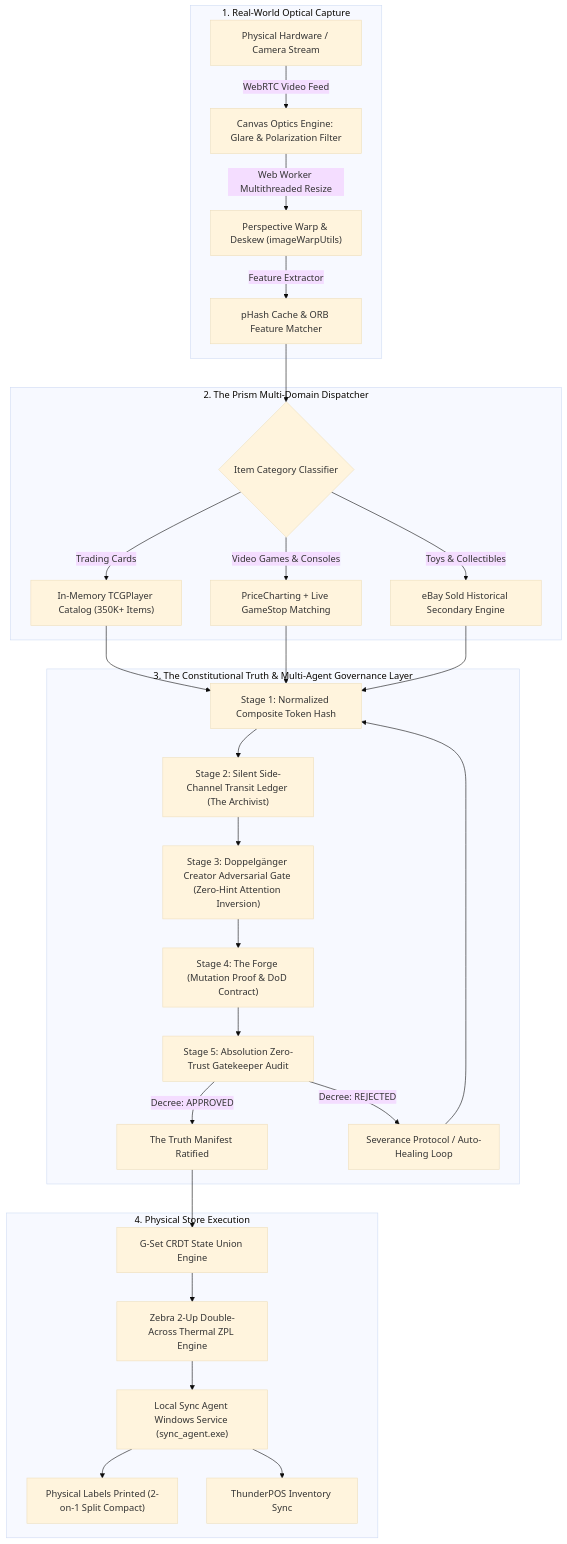
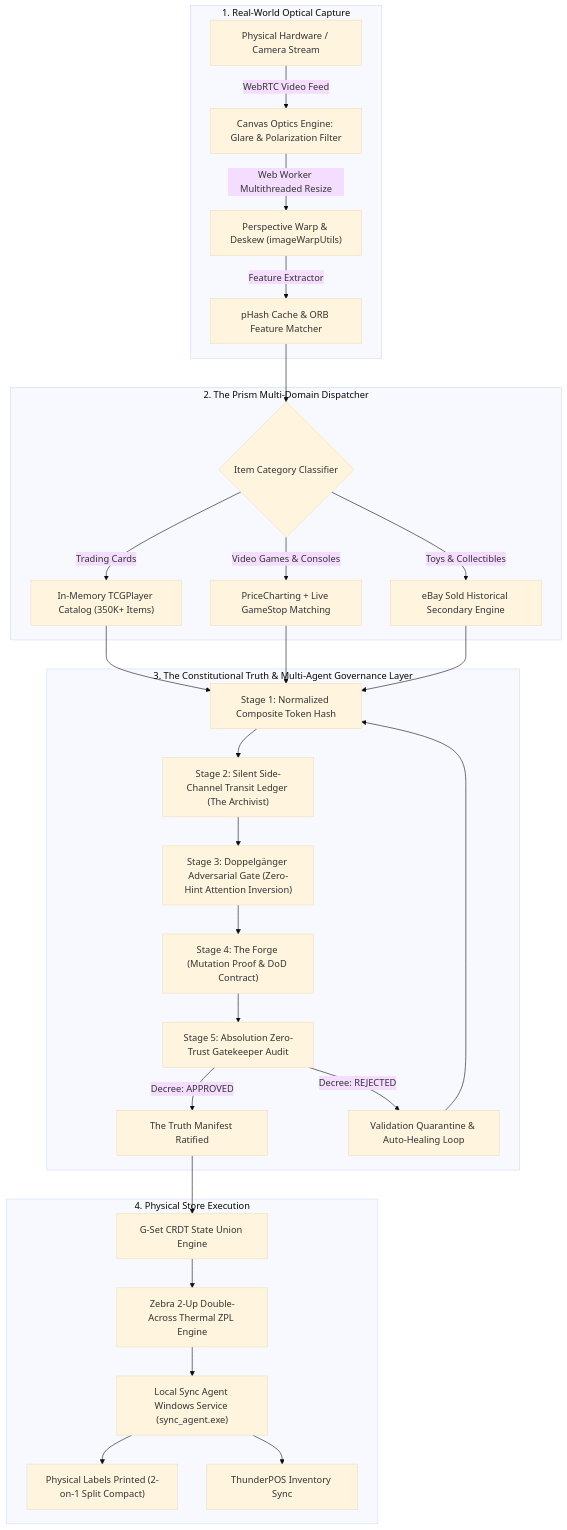
The first of 3 diagrams in README.md (malceoir/the-prism-pipeline), drawn with Mermaid (base theme) before and after one commit. The commit also changed other lines of this file and 6 other files, not shown here.

Commit message:
docs: streamline public architecture tone to Lead Architect, remove internal protocols & private codes

````diff
--- a/README.md
+++ b/README.md
@@ -29,36 +29,36 @@
 ```mermaid
 graph TD
     subgraph "1. Real-World Optical Capture"
         A["Physical Hardware / Camera Stream"] -->|"WebRTC Video Feed"| B["Canvas Optics Engine: Glare & Polarization Filter"]
         B -->|"Web Worker Multithreaded Resize"| C["Perspective Warp & Deskew (imageWarpUtils)"]
         C -->|"Feature Extractor"| D["pHash Cache & ORB Feature Matcher"]
     end
 
     subgraph "2. The Prism Multi-Domain Dispatcher"
         D --> E{"Item Category Classifier"}
         E -->|"Trading Cards"| F["In-Memory TCGPlayer Catalog (350K+ Items)"]
         E -->|"Video Games & Consoles"| G["PriceCharting + Live GameStop Matching"]
         E -->|"Toys & Collectibles"| H["eBay Sold Historical Secondary Engine"]
     end
 
     subgraph "3. The Constitutional Truth & Multi-Agent Governance Layer"
         F --> I["Stage 1: Normalized Composite Token Hash"]
         G --> I
         H --> I
         I --> J["Stage 2: Silent Side-Channel Transit Ledger (The Archivist)"]
-        J --> K["Stage 3: Doppelgänger Creator Adversarial Gate (Zero-Hint Attention Inversion)"]
+        J --> K["Stage 3: Doppelgänger Adversarial Gate (Zero-Hint Attention Inversion)"]
         K --> L["Stage 4: The Forge (Mutation Proof & DoD Contract)"]
         L --> M["Stage 5: Absolution Zero-Trust Gatekeeper Audit"]
         M -->|"Decree: APPROVED"| N["The Truth Manifest Ratified"]
-        M -->|"Decree: REJECTED"| O["Severance Protocol / Auto-Healing Loop"]
+        M -->|"Decree: REJECTED"| O["Validation Quarantine & Auto-Healing Loop"]
         O --> I
     end
 
     subgraph "4. Physical Store Execution"
         N --> P["G-Set CRDT State Union Engine"]
         P --> Q["Zebra 2-Up Double-Across Thermal ZPL Engine"]
         Q --> R["Local Sync Agent Windows Service (sync_agent.exe)"]
         R --> S["Physical Labels Printed (2-on-1 Split Compact)"]
         R --> T["ThunderPOS Inventory Sync"]
     end
 ```
````
